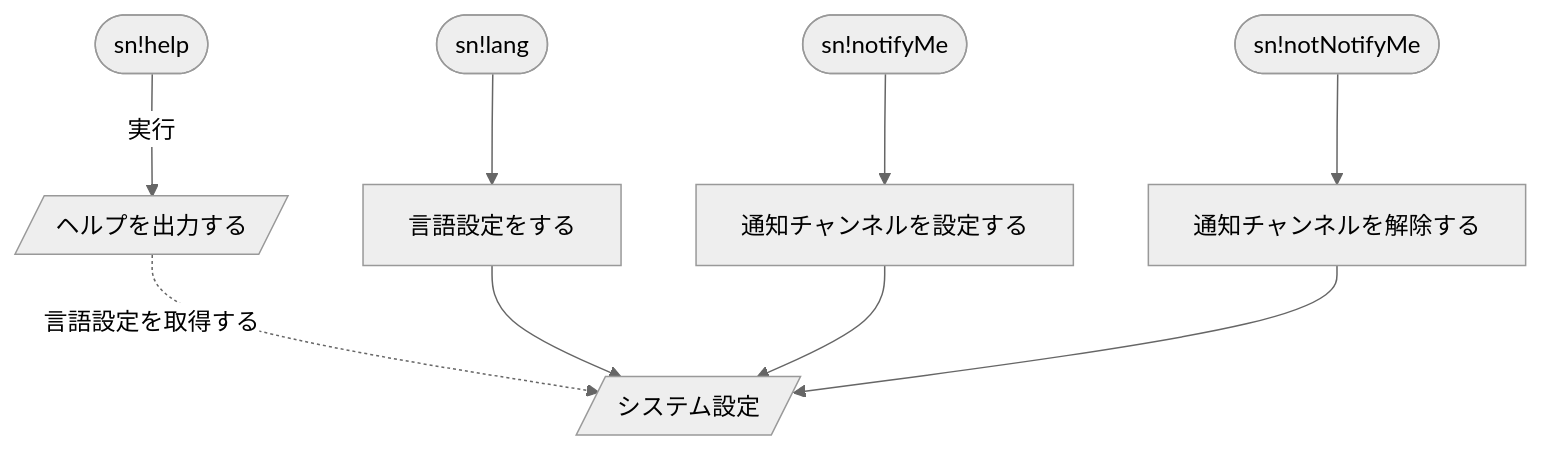
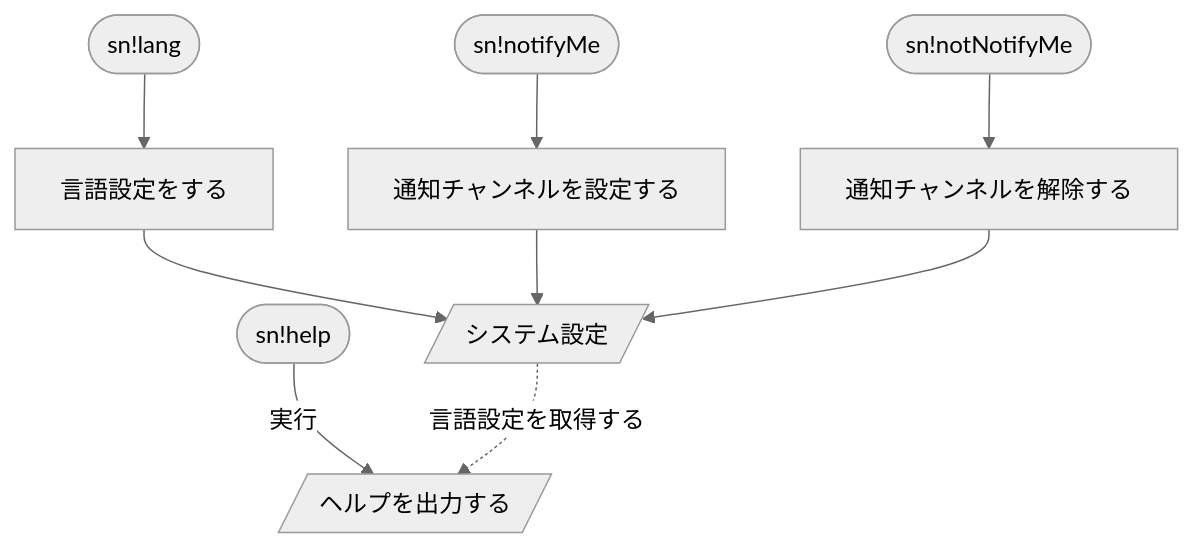
Before and after one commit to sh1Nome/stream-notifier: the diagram in spec.md, drawn with Mermaid (neutral theme).

````diff
--- a/spec.md
+++ b/spec.md
@@ -34,28 +34,28 @@
 ```mermaid
 flowchart TD
     %% コマンド
     cHelp([sn!help])
     cLang([sn!lang])
     cNotifyMe([sn!notifyMe])
     cNotNotifyMe([sn!notNotifyMe])
 
     %% 出力
     outHelp[/ヘルプを出力する/]
 
     %% 入力
     setting[/システム設定/]
 
     %% 処理
     runLang[言語設定をする]
     runNotifyMe[通知チャンネルを設定する]
     runNotNotifyMe[通知チャンネルを解除する]
 
     %% ノード関係
     cHelp -->|実行| outHelp
 
-    outHelp -.->|言語設定を取得する| setting
+    setting -.->|言語設定を取得する| outHelp
 
     cLang --> runLang --> setting
     cNotifyMe --> runNotifyMe --> setting
     cNotNotifyMe --> runNotNotifyMe --> setting
 ```
````
